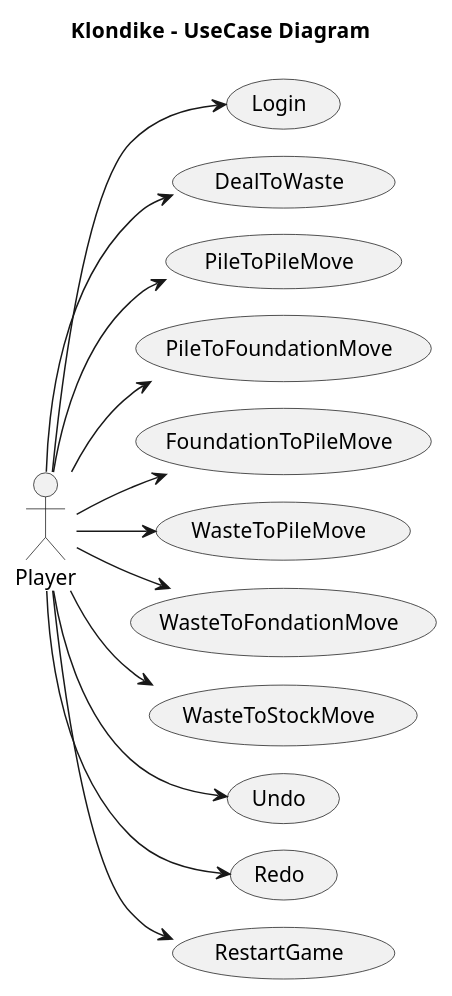
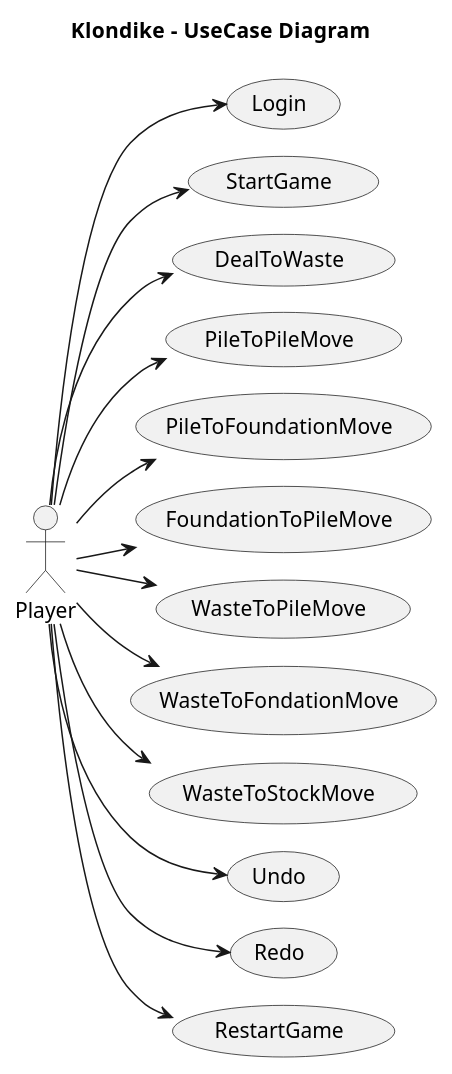
Before and after one commit to AngelOS95P/Maestria_IngSoftware_grupo6: the diagram in 2 Modelo de vistas de caso de uso/Diagrama de actores y casos de uso.plantuml, drawn with PlantUML. The commit also changed 11 other files, not shown here.

```diff
--- a/2 Modelo de vistas de caso de uso/Diagrama de actores y casos de uso.plantuml
+++ b/2 Modelo de vistas de caso de uso/Diagrama de actores y casos de uso.plantuml
@@ -1,32 +1,34 @@
 @startuml ActorsDiagram
 title Klondike  - UseCase Diagram
 left to right direction
 !pragma layout smetana
 
 actor Player
 
 usecase Login
+usecase StartGame
 usecase DealToWaste
 usecase PileToPileMove
 usecase PileToFoundationMove
 usecase FoundationToPileMove
 usecase WasteToPileMove
 usecase WasteToFondationMove
 usecase WasteToStockMove
 usecase Undo
 usecase Redo
 usecase RestartGame
 
 Player --> Login
+Player --> StartGame
 Player --> DealToWaste
 Player --> PileToPileMove
 Player --> PileToFoundationMove
 Player -->  FoundationToPileMove
 Player -->  WasteToPileMove
 Player -->  WasteToFondationMove
 Player -->  WasteToStockMove
 Player -->  Undo
 Player -->  Redo
 Player -->  RestartGame
 
 @enduml
```
